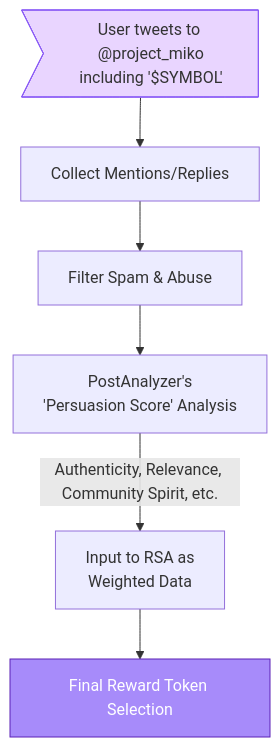
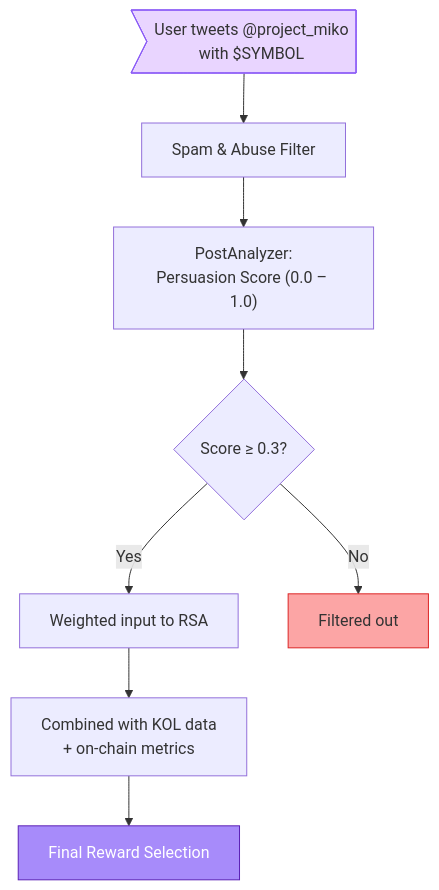
Before and after one commit to Miko-Protocol/docs: the fifth of 6 diagrams in docs/technical-architecture/ai-architecture.md, drawn with Mermaid. The commit also changed other lines of this file and 13 other files, not shown here.

````diff
--- a/docs/technical-architecture/ai-architecture.md
+++ b/docs/technical-architecture/ai-architecture.md
@@ -126,10 +304,13 @@
 ```mermaid
 graph TD
-    A>"User tweets to @project_miko<br/>including '$SYMBOL'"] --> B["Collect Mentions/Replies"];
-    B --> C["Filter Spam & Abuse"];
-    C --> D["PostAnalyzer's<br/>'Persuasion Score' Analysis"];
-    D -- "Authenticity, Relevance, Community Spirit, etc." --> E["Input to RSA as<br/>Weighted Data"];
-    E --> F["Final Reward Token Selection"];
+    A>"User tweets @project_miko<br/>with $SYMBOL"] --> B["Spam & Abuse Filter"]
+    B --> C["PostAnalyzer:<br/>Persuasion Score (0.0 – 1.0)"]
+    C --> D{"Score ≥ 0.3?"}
+    D -->|"Yes"| E["Weighted input to RSA"]
+    D -->|"No"| F["Filtered out"]
+    E --> G["Combined with KOL data<br/>+ on-chain metrics"]
+    G --> H["Final Reward Selection"]
     style A fill:#E9D5FF,stroke:#8B5CF6
-    style F fill:#A78BFA,stroke:#5B21B6,color:#fff
+    style F fill:#fca5a5,stroke:#dc2626
+    style H fill:#A78BFA,stroke:#5B21B6,color:#fff
 ```
````
